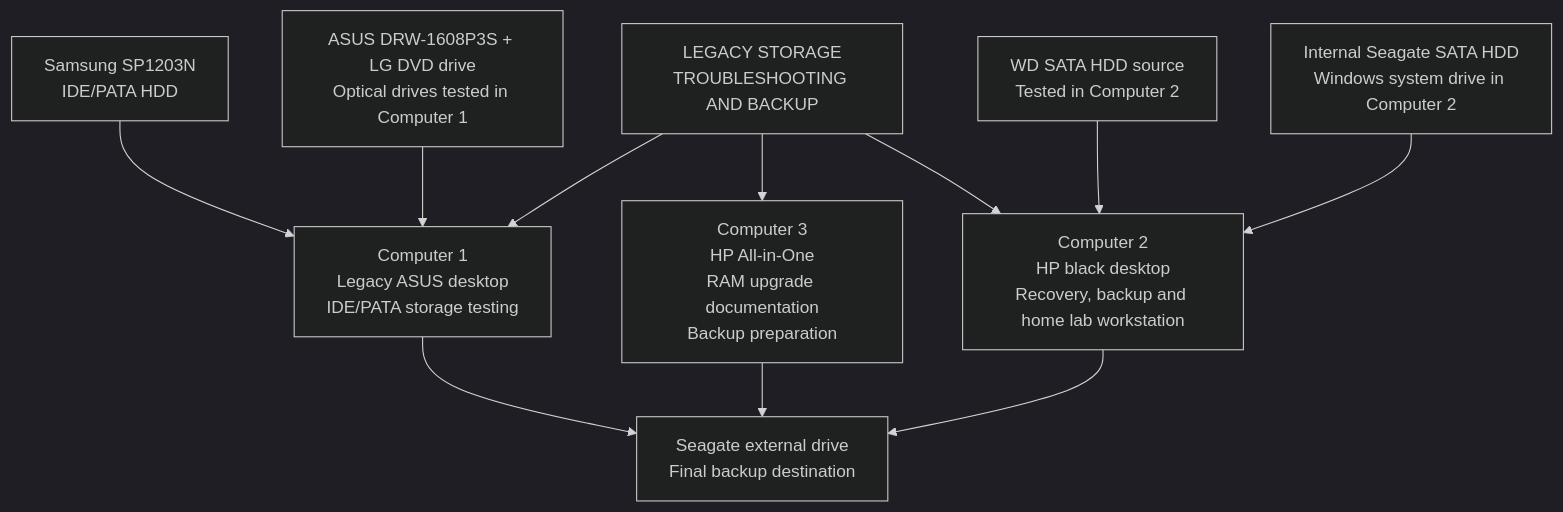
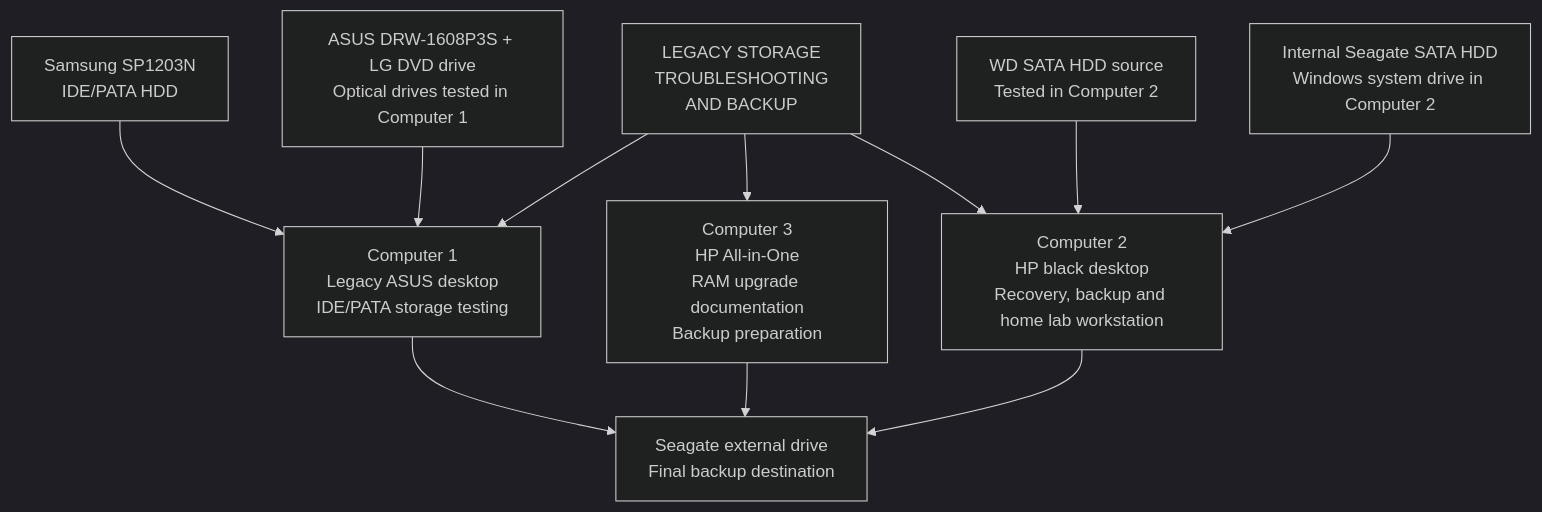
The diagram in PROJECTS/07-home-lab-documentation/diagrams/lab-environment-overview.md (aang81a/my-it-support-portfolio), drawn with Mermaid (dark theme) before and after one commit.

````diff
--- a/PROJECTS/07-home-lab-documentation/diagrams/lab-environment-overview.md
+++ b/PROJECTS/07-home-lab-documentation/diagrams/lab-environment-overview.md
@@ -9,31 +9,31 @@
 ```mermaid
 flowchart TB
 
-    TITLE["LEGACY STORAGE<br/>TROUBLESHOOTING AND BACKUP"]
+    TITLE["LEGACY STORAGE<br/>TROUBLESHOOTING<br/>AND BACKUP"]
 
     C1["Computer 1<br/>Legacy ASUS desktop<br/>IDE/PATA storage testing"]
     C3["Computer 3<br/>HP All-in-One<br/>RAM upgrade documentation<br/>Backup preparation"]
     C2["Computer 2<br/>HP black desktop<br/>Recovery, backup and home lab workstation"]
 
     Samsung["Samsung SP1203N<br/>IDE/PATA HDD"]
     Optical["ASUS DRW-1608P3S + LG DVD drive<br/>Optical drives tested in Computer 1"]
 
     WD["WD SATA HDD source<br/>Tested in Computer 2"]
     InternalSeagate["Internal Seagate SATA HDD<br/>Windows system drive in Computer 2"]
 
     ExternalSeagate["Seagate external drive<br/>Final backup destination"]
 
     TITLE --> C1
     TITLE --> C3
     TITLE --> C2
 
     Samsung --> C1
     Optical --> C1
 
     WD --> C2
     InternalSeagate --> C2
 
     C1 --> ExternalSeagate
     C3 --> ExternalSeagate
     C2 --> ExternalSeagate
 ```
````
